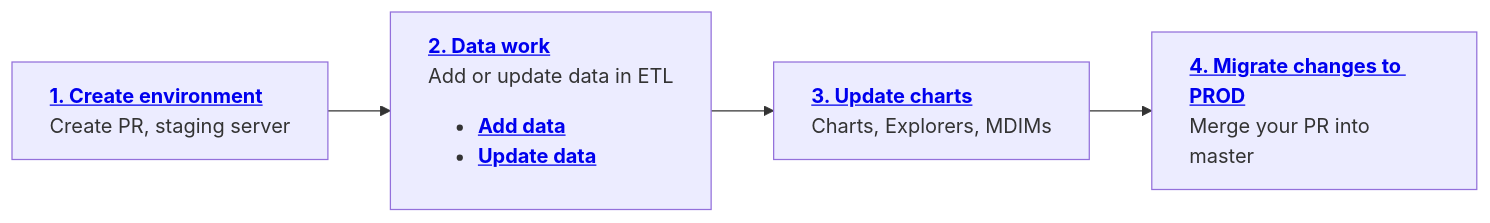
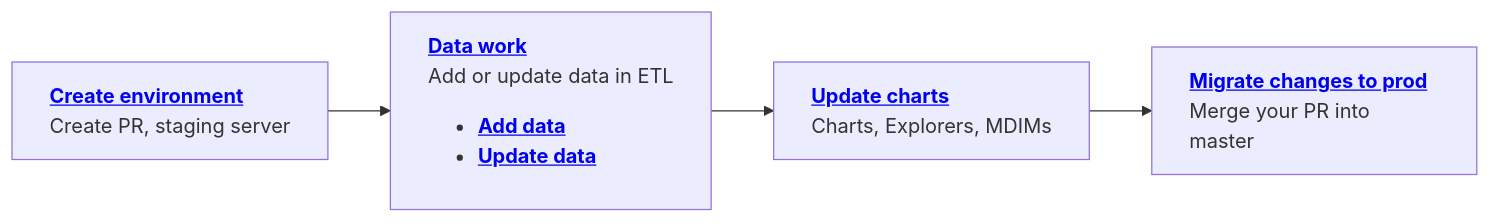
Before and after one commit to owid/etl: the diagram in docs/guides/data-work/index.md, drawn with Mermaid. The commit also changed other lines of this file and 11 other files, not shown here.

````diff
--- a/docs/guides/data-work/index.md
+++ b/docs/guides/data-work/index.md
@@ -9,12 +9,12 @@
 ```mermaid
 graph LR
-    A["<a href='#1-create-environment'><b>1. Create environment</b></a><br>Create PR, staging server"]
-    A --> B["<a href='#2-data-work'><b>2. Data work</b></a><br>Add or update data in ETL<br><ul><li value='2.1.'><a href='add-data'><b>Add data</b></a></li><li><a href='update-data'><b>Update data</b></a></li></ul>"]
-    B --> C["<a href='#update-charts'><b>3. Update charts</b></a><br>Charts, Explorers, MDIMs"]
-    C --> D["<a href='#4-migrate-changes'><b>4. Migrate changes to PROD</b></a><br>Merge your PR into master"]
+    A["<a href='#create-environment'><b>Create environment</b></a><br>Create PR, staging server"]
+    A --> B["<a href='#data-work'><b>Data work</b></a><br>Add or update data in ETL<br><ul><li value='2.1.'><a href='add-data'><b>Add data</b></a></li><li><a href='update-data'><b>Update data</b></a></li></ul>"]
+    B --> C["<a href='#update-charts'><b>Update charts</b></a><br>Charts, Explorers, MDIMs"]
+    C --> D["<a href='#migrate-changes'><b>Migrate changes to prod</b></a><br>Merge your PR into master"]
 
     style A text-align:left;
     style B text-align:left;
     style C text-align:left;
     style D text-align:left;
 ```
````
